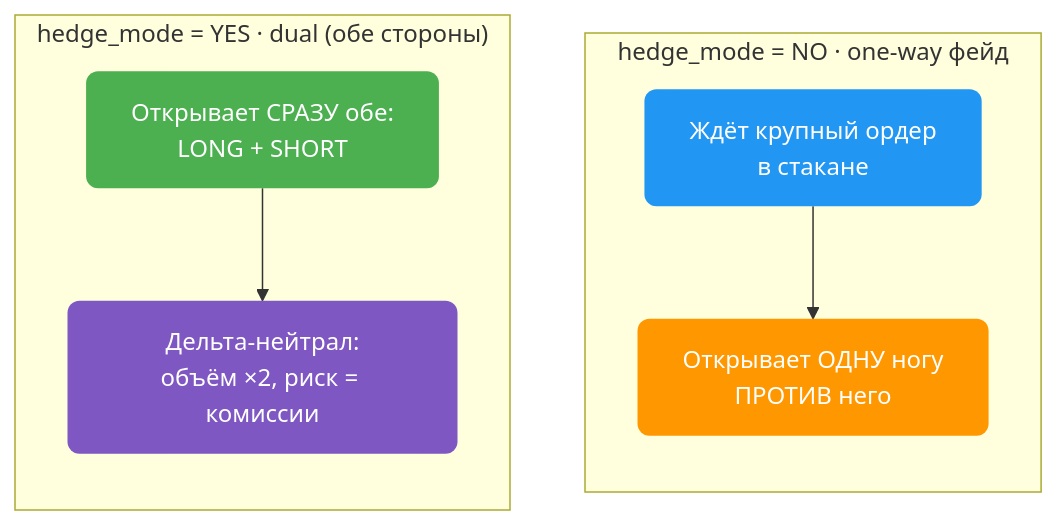
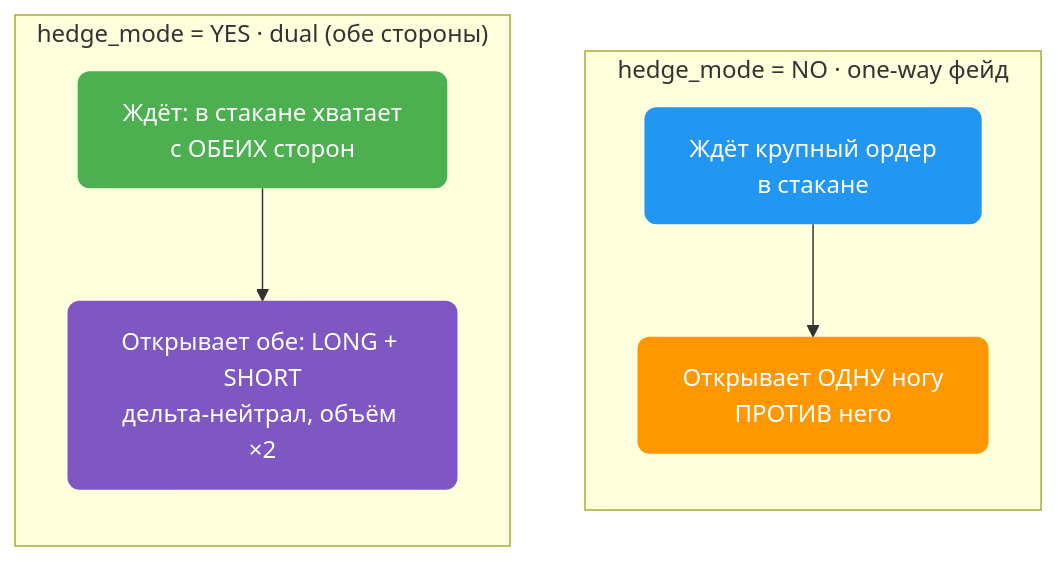
Before and after one commit to AutoPilotSoftware/docs: the second of 5 diagrams in src/content/docs/exchanges/bybit-autopilot/ice.md, drawn with Mermaid. The commit also changed other lines of this file, not shown here.

````diff
--- a/src/content/docs/exchanges/bybit-autopilot/ice.md
+++ b/src/content/docs/exchanges/bybit-autopilot/ice.md
@@ -165,15 +165,15 @@
 ```mermaid
 flowchart TB
     subgraph NO["hedge_mode = NO · one-way фейд"]
         direction TB
         n1["Ждёт крупный ордер<br/>в стакане"] --> n2["Открывает ОДНУ ногу<br/>ПРОТИВ него"]
     end
     subgraph YES["hedge_mode = YES · dual (обе стороны)"]
         direction TB
-        y1["Открывает СРАЗУ обе:<br/>LONG + SHORT"] --> y2["Дельта-нейтрал:<br/>объём ×2, риск = комиссии"]
+        y1["Ждёт: в стакане хватает<br/>с ОБЕИХ сторон"] --> y2["Открывает обе: LONG + SHORT<br/>дельта-нейтрал, объём ×2"]
     end
     style n1 fill:#2196F3,color:#fff,stroke:none,rx:8
     style n2 fill:#FF9800,color:#fff,stroke:none,rx:8
     style y1 fill:#4CAF50,color:#fff,stroke:none,rx:8
     style y2 fill:#7E57C2,color:#fff,stroke:none,rx:8
 ```
````
